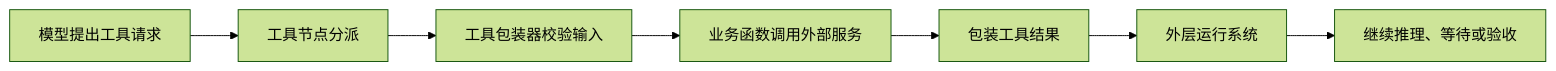
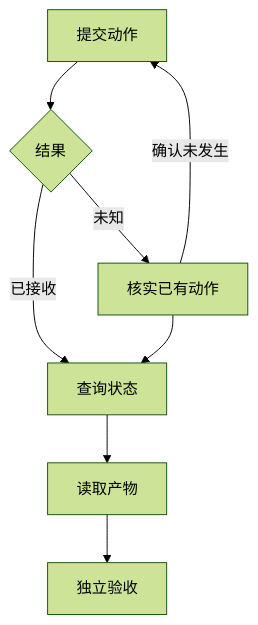
One commit to Mar-garet/agent-book changed the diagram in book/17-tool-results-and-retries.md. Above: the diagram before and after it, drawn with Mermaid (forest theme). The commit also changed other lines of this file and 47 other files, not shown here.

````diff
--- a/book/17-tool-results-and-retries.md
+++ b/book/17-tool-results-and-retries.md
@@ -30,10 +72,11 @@
 ```mermaid
-%% 工具节点返回之后仍由外层运行系统决定下一步
-flowchart LR
-    A[模型提出工具请求] --> B[工具节点分派]
-    B --> C[工具包装器校验输入]
-    C --> D[业务函数调用外部服务]
-    D --> E[包装工具结果]
-    E --> F[外层运行系统]
-    F --> G[继续推理、等待或验收]
+%% 先确认已有动作，再决定是否重做
+flowchart TD
+    A[提交动作] --> B{结果}
+    B -->|已接收| C[查询状态]
+    B -->|未知| D[核实已有动作]
+    D --> C
+    C --> E[读取产物]
+    E --> F[独立验收]
+    D -->|确认未发生| A
 ```
````
